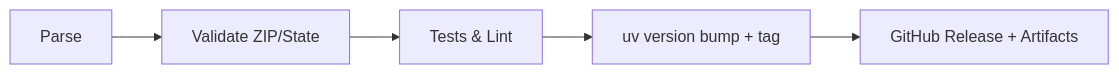
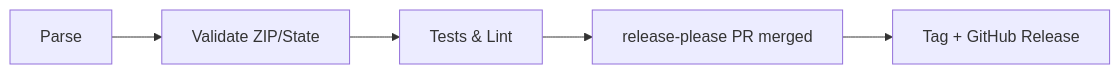
One commit to Abstract-Data/RyanData-Address-Utils changed the diagram in README.md. Above: the diagram before and after it, drawn with Mermaid. The commit also changed other lines of this file and 133 other files, not shown here.

````diff
--- a/README.md
+++ b/README.md
@@ -121,7 +121,7 @@
 ```mermaid
 flowchart LR
     parseStep[Parse] --> validateStep[Validate ZIP/State]
     validateStep --> testsStep[Tests & Lint]
-    testsStep --> releaseStep[uv version bump + tag]
-    releaseStep --> githubRelease[GitHub Release + Artifacts]
+    testsStep --> releaseStep[release-please PR merged]
+    releaseStep --> githubRelease[Tag + GitHub Release]
 ```
````
